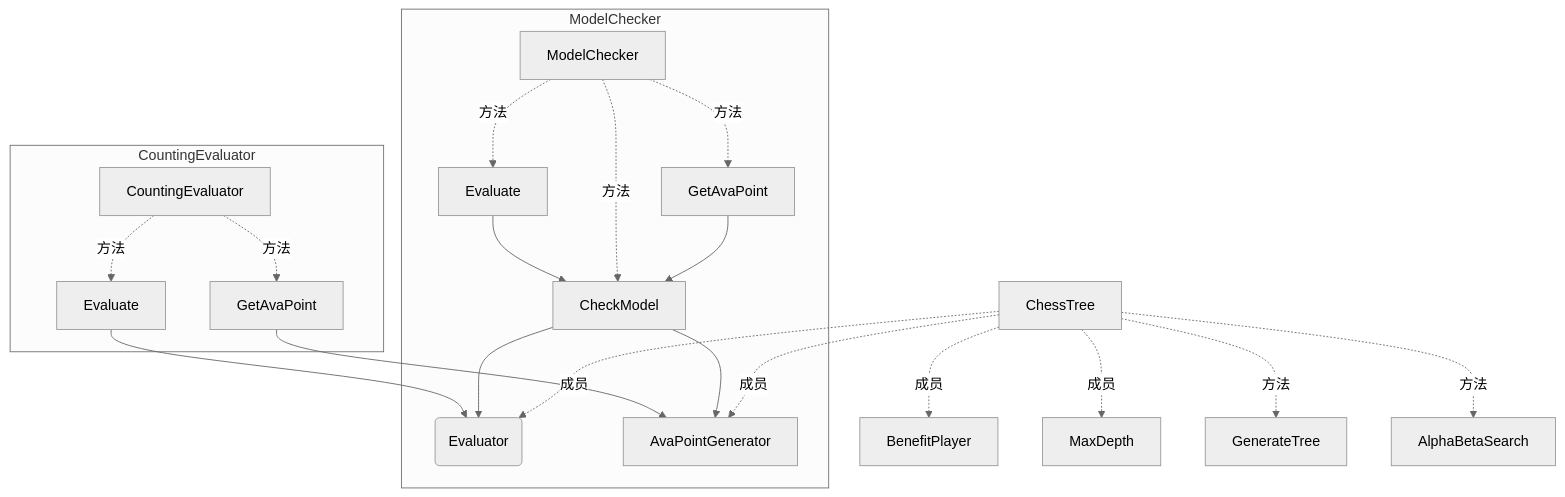
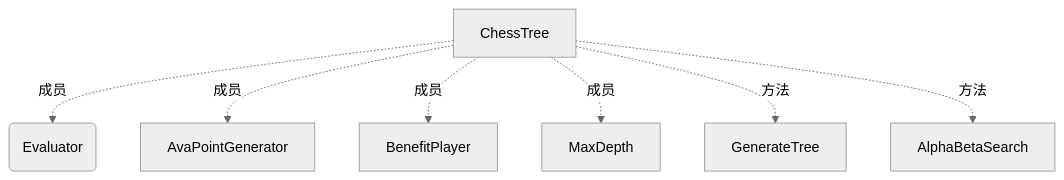
The fifth of 18 diagrams in Document/doc.md (TwilightLemon/GobangCat), drawn with Mermaid (neutral theme) before and after one commit. The commit also changed other lines of this file and 4 other files, not shown here.

````diff
--- a/Document/doc.md
+++ b/Document/doc.md
@@ -67,19 +70,9 @@
 ```mermaid
 graph TD;
     tree[ChessTree]-.成员.->e(Evaluator)
     tree-.成员.->g[AvaPointGenerator]
     tree-.成员.->who[BenefitPlayer]
     tree-.成员.->dep[MaxDepth]
     tree-.方法.->GenerateTree
     tree-.方法.->AlphaBetaSearch
-    subgraph ModelChecker
-        checker-.方法.->get[GetAvaPoint]-->match-->g
-        checker[ModelChecker]-.方法.->match[CheckModel]
-        checker-.方法.->eva[Evaluate]-->match-->e
-    end
-    subgraph CountingEvaluator
-        eval[CountingEvaluator]-.方法.->Evaluate-->e
-        eval-.方法.->GetAvaPoint-->g
-    end
-
 ```
````
